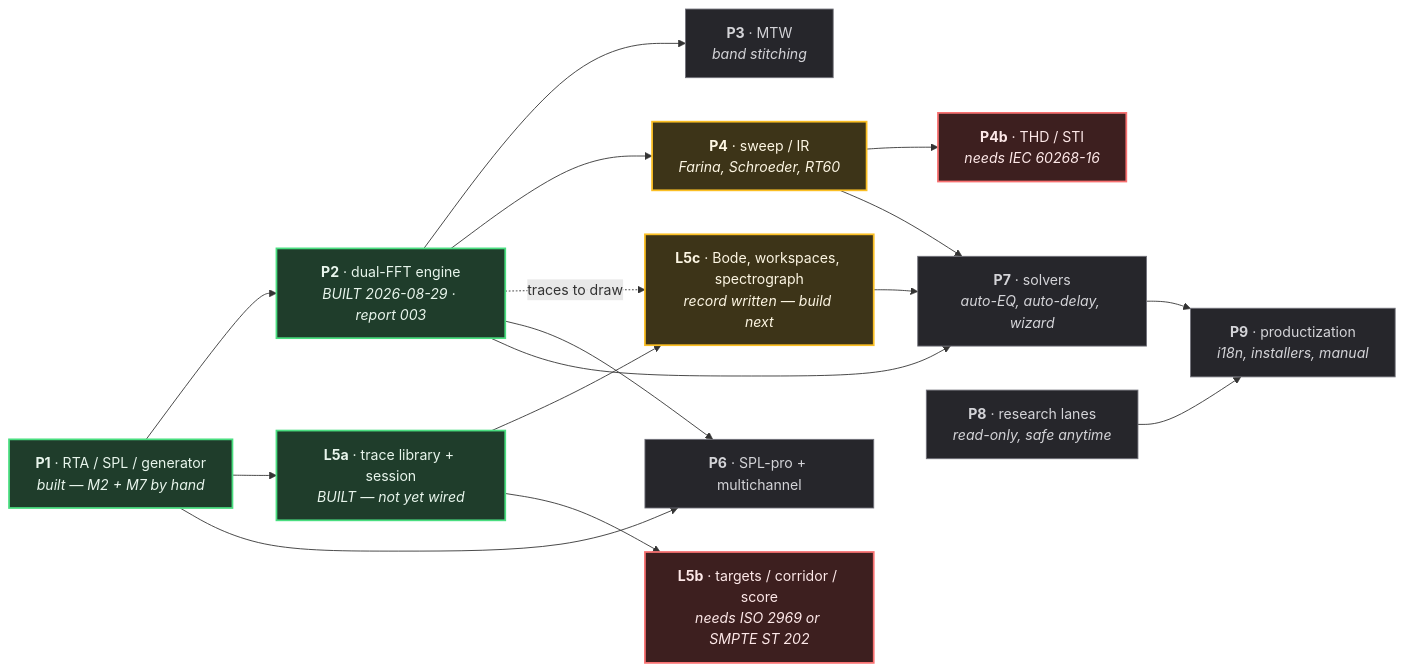
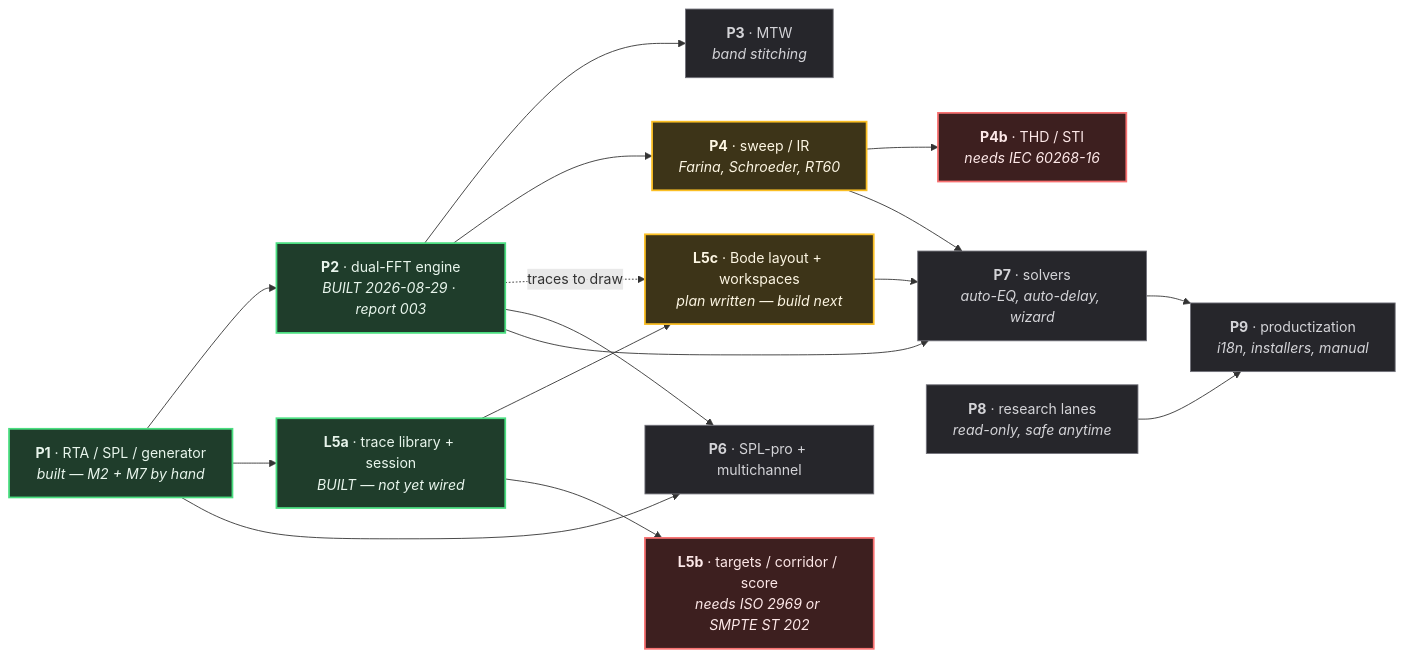
One commit to toanaz-ops/rta-tool changed the diagram in docs/plans/MASTER-EXECUTION-PLAN.md. Above: the diagram before and after it, drawn with Mermaid. The commit also changed other lines of this file and 2 other files, not shown here.

````diff
--- a/docs/plans/MASTER-EXECUTION-PLAN.md
+++ b/docs/plans/MASTER-EXECUTION-PLAN.md
@@ -46,38 +46,38 @@
 ```mermaid
 graph LR
     P1["<b>P1</b> · RTA / SPL / generator<br/><i>built — M2 + M7 by hand</i>"]
     P2["<b>P2</b> · dual-FFT engine<br/><i>BUILT 2026-08-29 · report 003</i>"]
     P3["<b>P3</b> · MTW<br/><i>band stitching</i>"]
     P4["<b>P4</b> · sweep / IR<br/><i>Farina, Schroeder, RT60</i>"]
     P4b["<b>P4b</b> · THD / STI<br/><i>needs IEC 60268-16</i>"]
     L5a["<b>L5a</b> · trace library + session<br/><i>BUILT — not yet wired</i>"]
     L5b["<b>L5b</b> · targets / corridor / score<br/><i>needs ISO 2969 or SMPTE ST 202</i>"]
-    L5c["<b>L5c</b> · Bode, workspaces, spectrograph<br/><i>record written — build next</i>"]
+    L5c["<b>L5c</b> · Bode layout + workspaces<br/><i>plan written — build next</i>"]
     P6["<b>P6</b> · SPL-pro + multichannel"]
     P7["<b>P7</b> · solvers<br/><i>auto-EQ, auto-delay, wizard</i>"]
     P8["<b>P8</b> · research lanes<br/><i>read-only, safe anytime</i>"]
     P9["<b>P9</b> · productization<br/><i>i18n, installers, manual</i>"]
 
     P1 --> P2 --> P3
     P2 --> P4 --> P4b
     P1 --> L5a --> L5c
     L5a --> L5b
     P2 -.->|"traces to draw"| L5c
     P1 --> P6
     P2 --> P6
     P2 --> P7
     P4 --> P7
     L5c --> P7
     P7 --> P9
     P8 --> P9
 
     classDef done fill:#1f3d2b,stroke:#4ade80,stroke-width:2px,color:#e8f5ec
     classDef next fill:#3d3418,stroke:#fbbf24,stroke-width:2px,color:#fdf6e3
     classDef blocked fill:#3d1f1f,stroke:#f87171,stroke-width:2px,color:#fde8e8
     classDef later fill:#26262b,stroke:#71717a,stroke-width:1px,color:#d4d4d8
 
     class P1,P2,L5a done
     class L5c,P4 next
     class L5b,P4b blocked
     class P3,P6,P7,P8,P9 later
 ```
````
